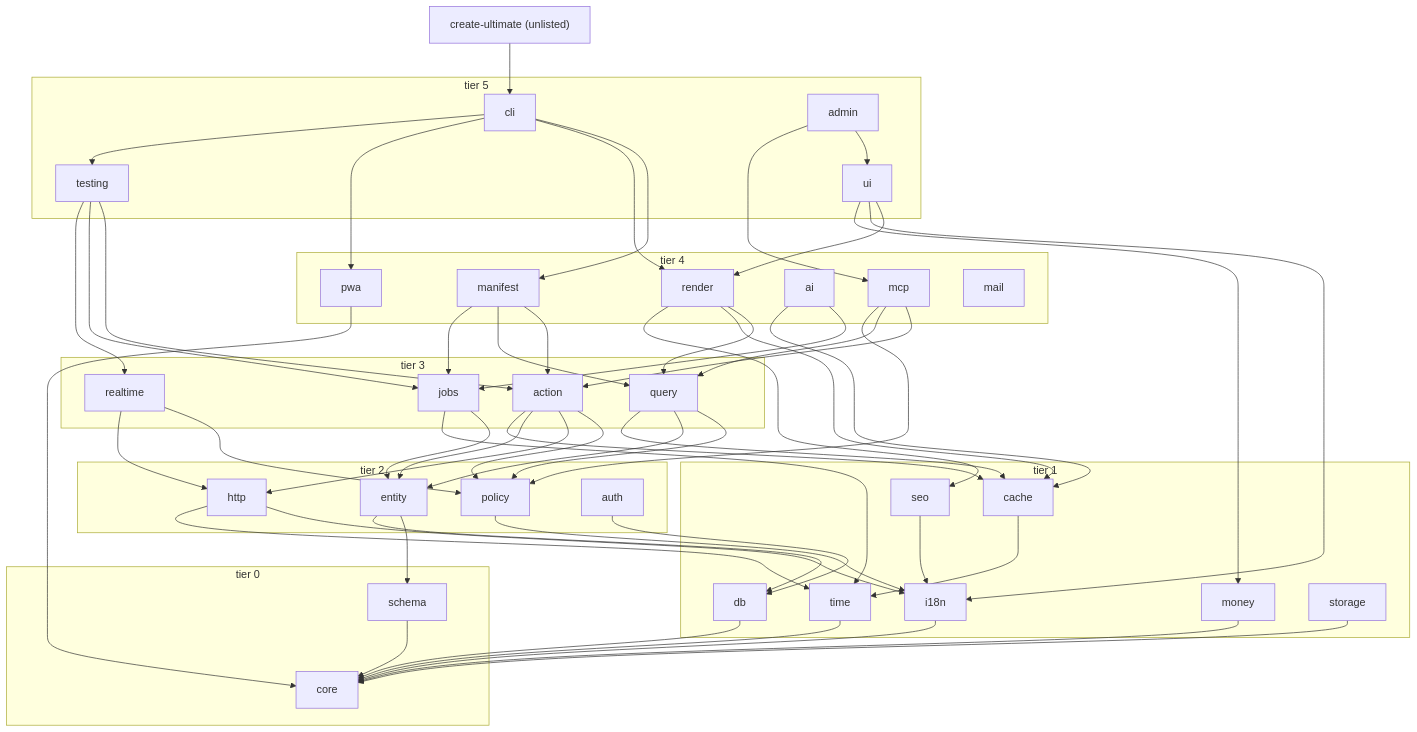
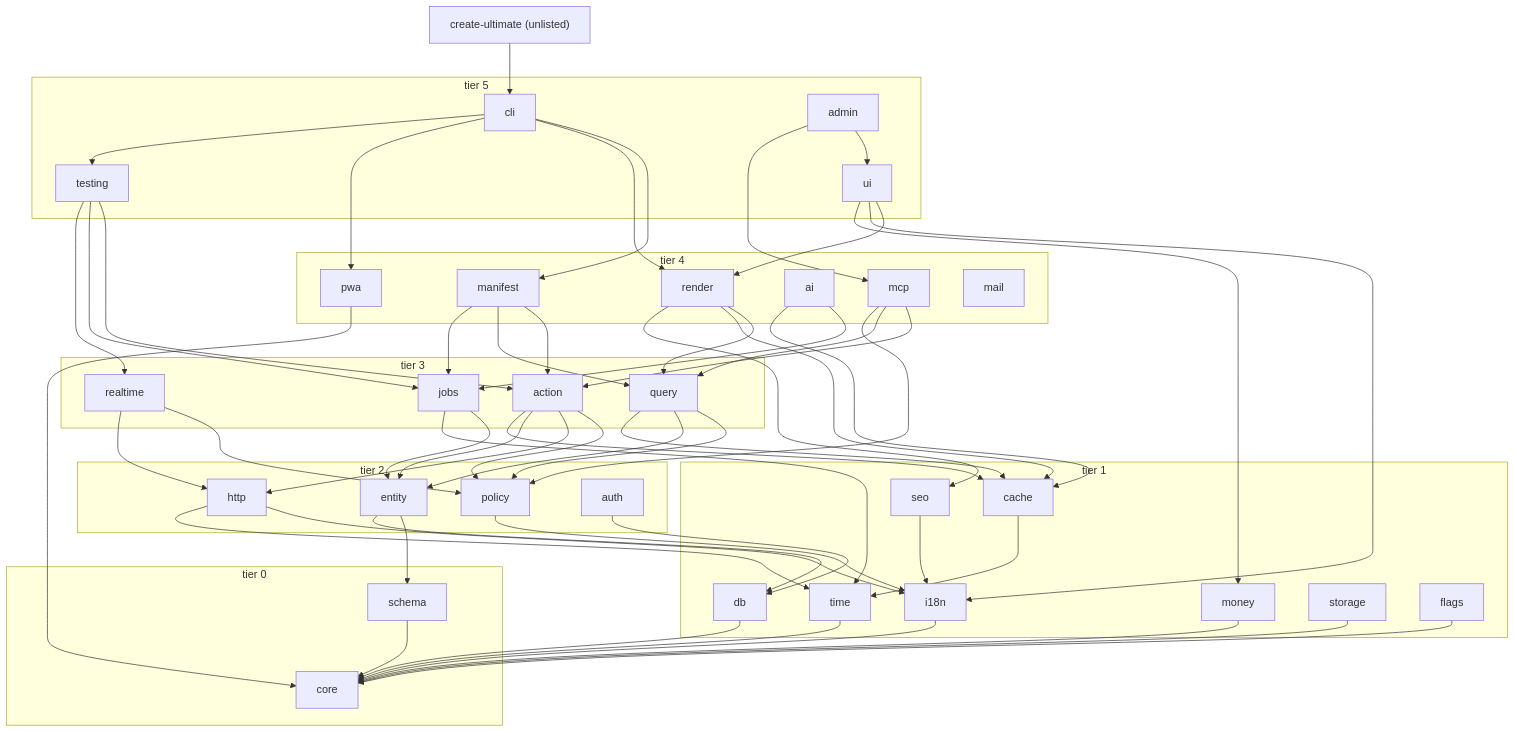
One commit to developerz-ai/ultimate changed the diagram in docs/architecture/01-package-map.md. Above: the diagram before and after it, drawn with Mermaid. The commit also changed other lines of this file and 482 other files, not shown here.

````diff
--- a/docs/architecture/01-package-map.md
+++ b/docs/architecture/01-package-map.md
@@ -79,78 +80,79 @@
 ```mermaid
 graph TD
   create-ultimate["create-ultimate (unlisted)"]
   subgraph T5["tier 5"]
     cli; testing; admin; ui
   end
   subgraph T4["tier 4"]
     render; pwa; mcp; ai; manifest; mail
   end
   subgraph T3["tier 3"]
     action; query; jobs; realtime
   end
   subgraph T2["tier 2"]
     entity; policy; http; auth
   end
   subgraph T1["tier 1"]
-    i18n; money; time; cache; seo; db; storage
+    i18n; money; time; cache; seo; db; storage; flags
   end
   subgraph T0["tier 0"]
     core; schema
   end
 
   create-ultimate --> cli
 
   cli --> manifest
   cli --> render
   cli --> pwa
   cli --> testing
   testing --> action
   testing --> jobs
   testing --> realtime
   admin --> ui
   admin --> mcp
   ui --> render
   ui --> i18n
   ui --> money
 
   render --> query
   render --> cache
   render --> seo
   pwa --> core
   mcp --> action
   mcp --> query
   mcp --> policy
   ai --> jobs
   ai --> cache
   manifest --> action
   manifest --> query
   manifest --> jobs
 
   action --> policy
   action --> http
   action --> entity
   action --> cache
   query --> policy
   query --> entity
   query --> cache
   jobs --> entity
   jobs --> time
   realtime --> policy
   realtime --> http
 
   entity --> schema
   entity --> db
   auth --> db
   db --> core
   storage --> core
+  flags --> core
   policy --> i18n
   http --> i18n
   http --> time
   cache --> time
   seo --> i18n
 
   i18n --> core
   money --> core
   time --> core
   schema --> core
 ```
````
